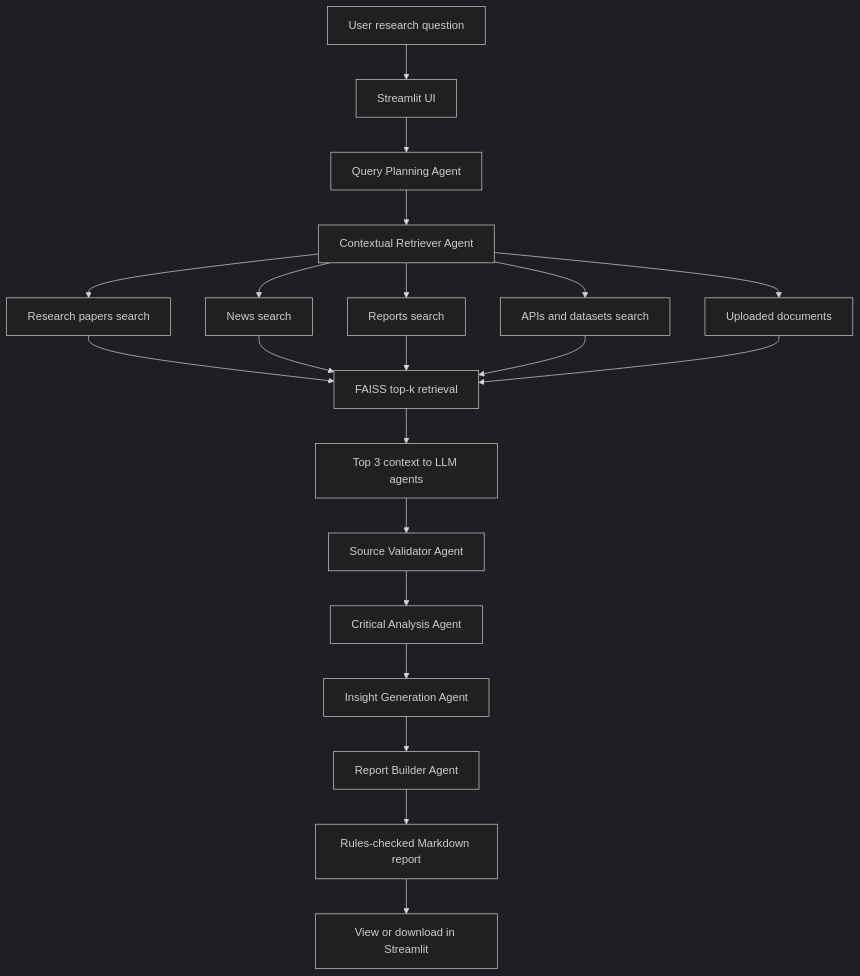
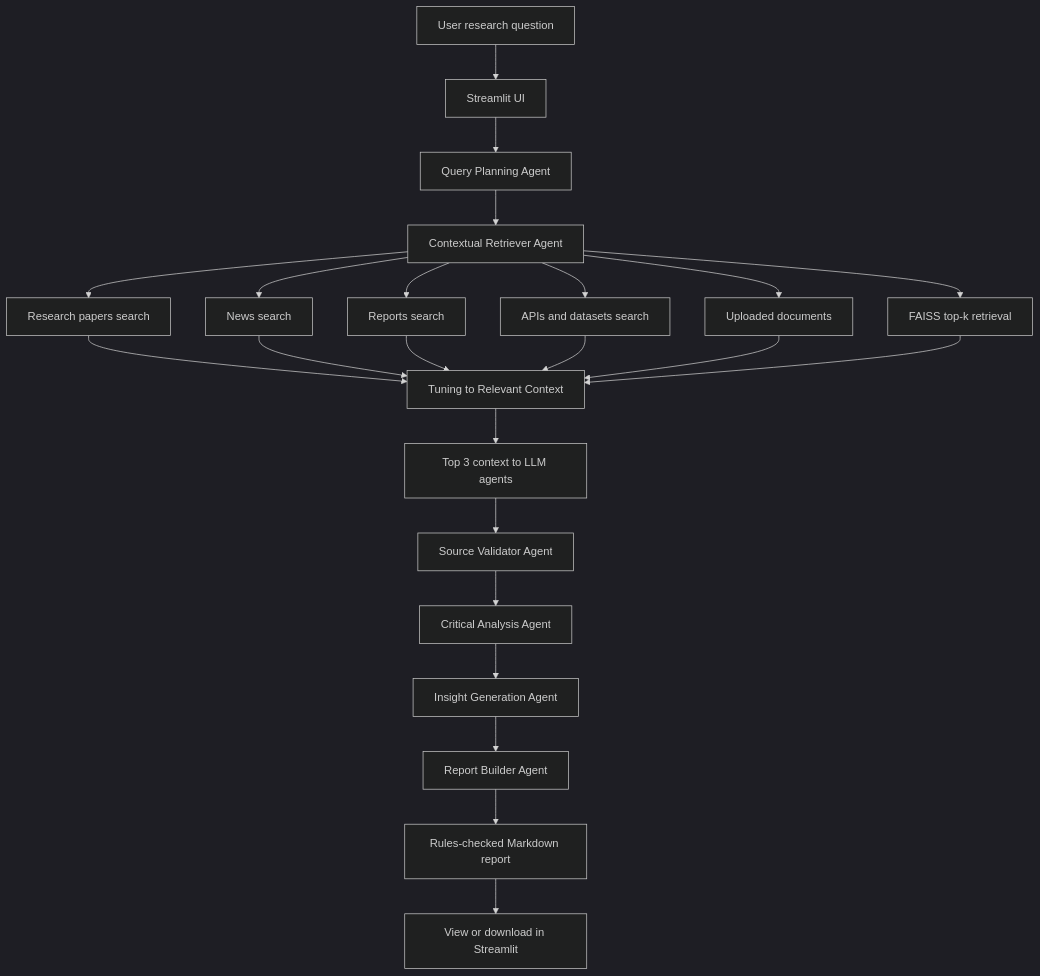
The diagram in README.md (chakraa1/DeepAIResearch), drawn with Mermaid (dark theme) before and after one commit. The commit also changed other lines of this file and 4 other files, not shown here.

Commit message:
Add relevant context tuning step

````diff
--- a/README.md
+++ b/README.md
@@ -37,23 +37,25 @@
 ```mermaid
 flowchart TD
     A[User research question] --> B[Streamlit UI]
     B --> C[Query Planning Agent]
     C --> D[Contextual Retriever Agent]
     D --> E1[Research papers search]
     D --> E2[News search]
     D --> E3[Reports search]
     D --> E4[APIs and datasets search]
     D --> F[Uploaded documents]
-    E1 --> G[FAISS top-k retrieval]
-    E2 --> G
-    E3 --> G
-    E4 --> G
-    F --> G
-    G --> H[Top 3 context to LLM agents]
-    H --> I[Source Validator Agent]
-    I --> J[Critical Analysis Agent]
-    J --> K[Insight Generation Agent]
-    K --> L[Report Builder Agent]
-    L --> M[Rules-checked Markdown report]
-    M --> N[View or download in Streamlit]
+    D --> G[FAISS top-k retrieval]
+    E1 --> H[Tuning to Relevant Context]
+    E2 --> H
+    E3 --> H
+    E4 --> H
+    F --> H
+    G --> H
+    H --> I[Top 3 context to LLM agents]
+    I --> J[Source Validator Agent]
+    J --> K[Critical Analysis Agent]
+    K --> L[Insight Generation Agent]
+    L --> M[Report Builder Agent]
+    M --> N[Rules-checked Markdown report]
+    N --> O[View or download in Streamlit]
 ```
````
